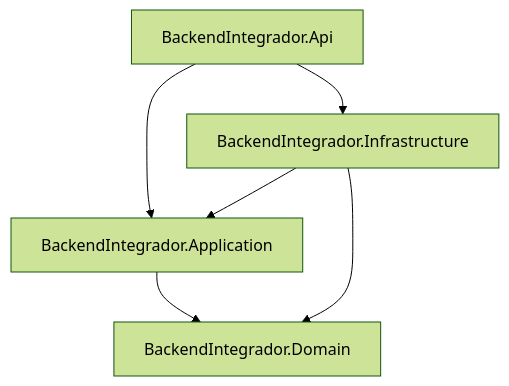
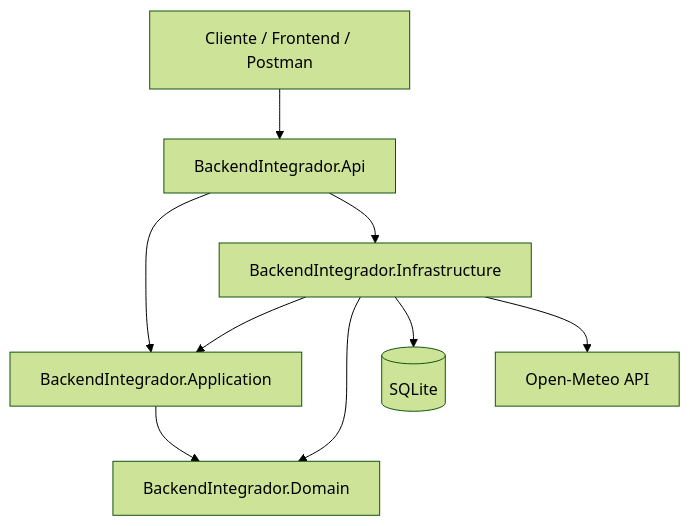
Before and after one commit to jarol1590/backend_integrador: the first of 3 diagrams in README.md, drawn with Mermaid (forest theme). The commit also changed other lines of this file and 30 other files, not shown here.

````diff
--- a/README.md
+++ b/README.md
@@ -18,13 +84,19 @@
 ```mermaid
 flowchart TB
+    Client[Cliente / Frontend / Postman]
     Api[BackendIntegrador.Api]
+    App[BackendIntegrador.Application]
     Infra[BackendIntegrador.Infrastructure]
-    App[BackendIntegrador.Application]
     Dom[BackendIntegrador.Domain]
+    Db[(SQLite)]
+    OpenMeteo[Open-Meteo API]
 
+    Client --> Api
     Api --> App
     Api --> Infra
     Infra --> App
     Infra --> Dom
     App --> Dom
+    Infra --> Db
+    Infra --> OpenMeteo
 ```
````
